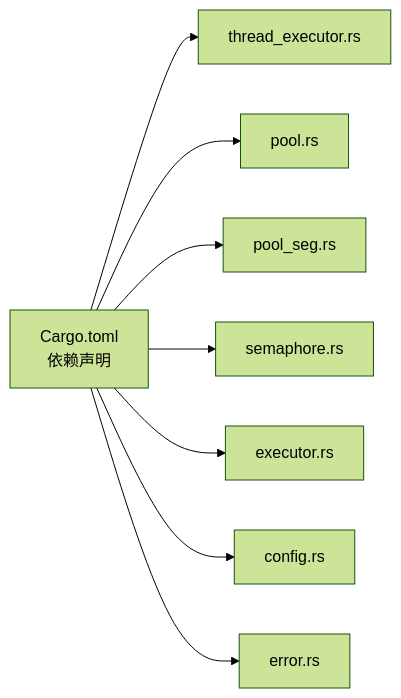
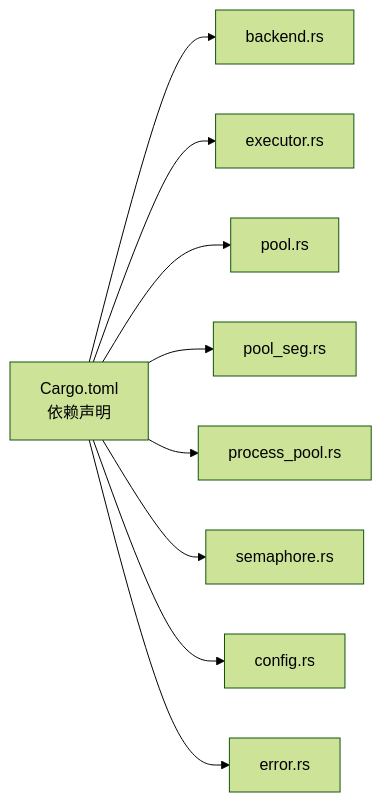
One commit to xcry2006/execute changed the eighth of 8 diagrams in .qoder/repowiki/zh/content/执行模式详解/执行模式详解.md. Above: the diagram before and after it, drawn with Mermaid (forest theme). The commit also changed other lines of this file and 9 other files, not shown here.

````diff
--- a/.qoder/repowiki/zh/content/执行模式详解/执行模式详解.md
+++ b/.qoder/repowiki/zh/content/执行模式详解/执行模式详解.md
@@ -318,18 +396,20 @@
 ```mermaid
 graph LR
 CARGO["Cargo.toml<br/>依赖声明"]
-TE["thread_executor.rs"]
+BACKEND["backend.rs"]
+EXECUTOR["executor.rs"]
 POOL["pool.rs"]
 POOLSEG["pool_seg.rs"]
+PROCESSPOOL["process_pool.rs"]
 SEM["semaphore.rs"]
-EXE["executor.rs"]
-CFG["config.rs"]
-ERR["error.rs"]
-CARGO --> TE
+CONFIG["config.rs"]
+ERROR["error.rs"]
+CARGO --> BACKEND
+CARGO --> EXECUTOR
 CARGO --> POOL
 CARGO --> POOLSEG
+CARGO --> PROCESSPOOL
 CARGO --> SEM
-CARGO --> EXE
-CARGO --> CFG
-CARGO --> ERR
+CARGO --> CONFIG
+CARGO --> ERROR
 ```
````
